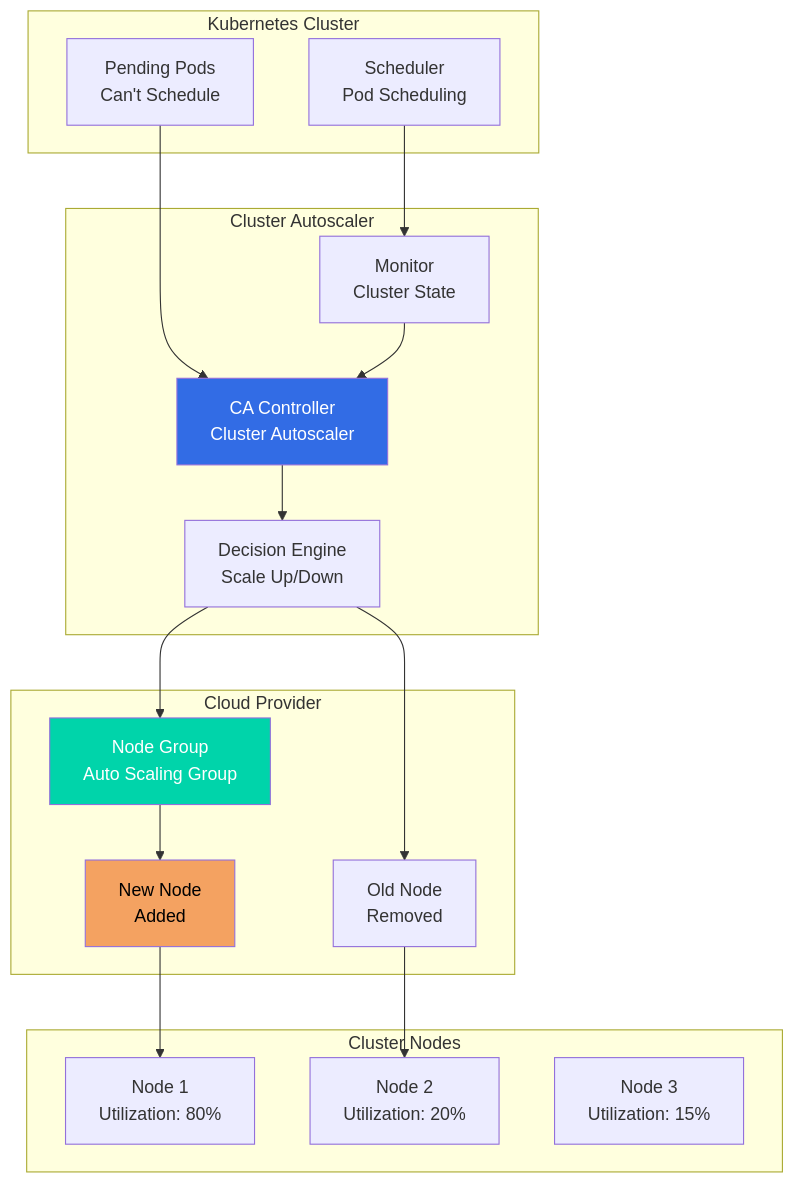
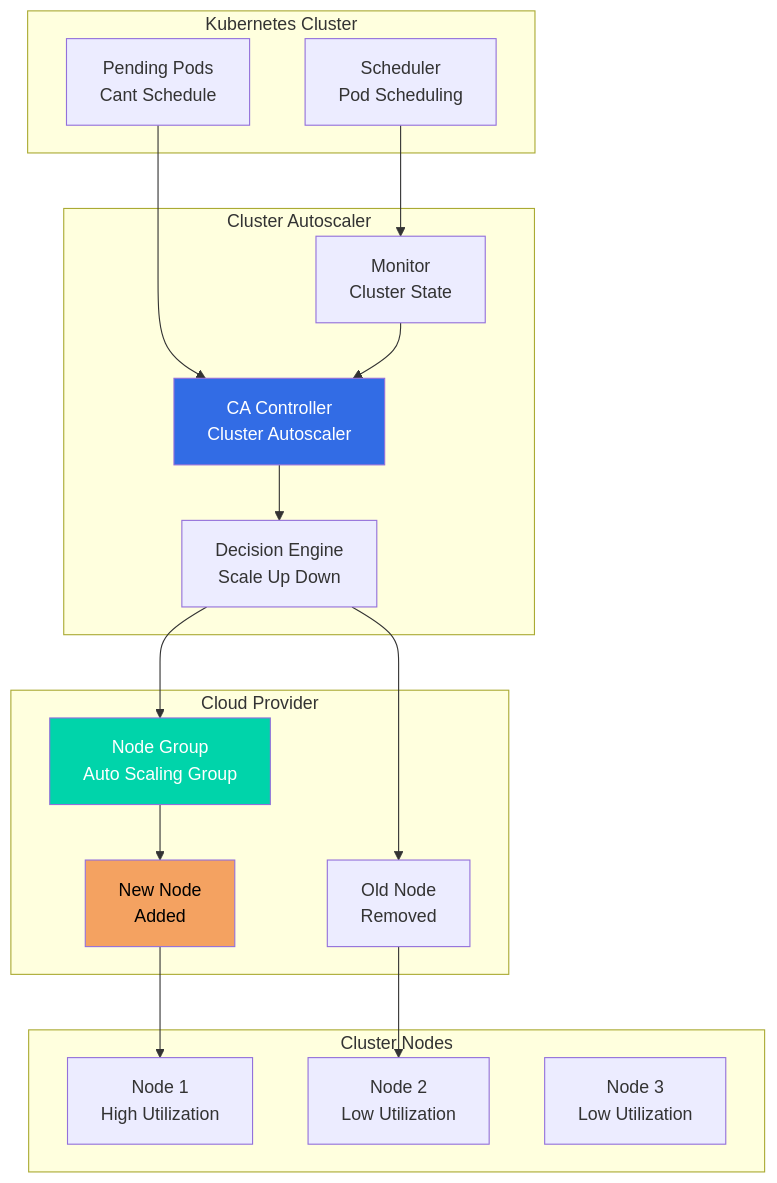
Before and after one commit to jayeshjd555/Kubernetes: diagram 31 of 33 in README.md, drawn with Mermaid. The commit also changed other lines of this file, not shown here.

````diff
--- a/README.md
+++ b/README.md
@@ -11640,39 +11640,39 @@
 ```mermaid
 graph TB
     subgraph "Kubernetes Cluster"
         SCHED[Scheduler<br/>Pod Scheduling]
-        PENDING[Pending Pods<br/>Can't Schedule]
+        PENDING[Pending Pods<br/>Cant Schedule]
     end
     
     subgraph "Cluster Autoscaler"
         CA[CA Controller<br/>Cluster Autoscaler]
         MON[Monitor<br/>Cluster State]
-        DEC[Decision Engine<br/>Scale Up/Down]
+        DEC[Decision Engine<br/>Scale Up Down]
     end
     
     subgraph "Cloud Provider"
         NG[Node Group<br/>Auto Scaling Group]
         NEW[New Node<br/>Added]
         OLD[Old Node<br/>Removed]
     end
     
     subgraph "Cluster Nodes"
-        NODE1[Node 1<br/>Utilization: 80%]
-        NODE2[Node 2<br/>Utilization: 20%]
-        NODE3[Node 3<br/>Utilization: 15%]
+        NODE1[Node 1<br/>High Utilization]
+        NODE2[Node 2<br/>Low Utilization]
+        NODE3[Node 3<br/>Low Utilization]
     end
     
     PENDING --> CA
     SCHED --> MON
     MON --> CA
     CA --> DEC
     DEC --> NG
     NG --> NEW
     DEC --> OLD
     NEW --> NODE1
     OLD --> NODE2
     
     style CA fill:#326ce5,color:#fff
     style NG fill:#00d4aa,color:#fff
     style NEW fill:#f4a261,color:#000
 ```
````
